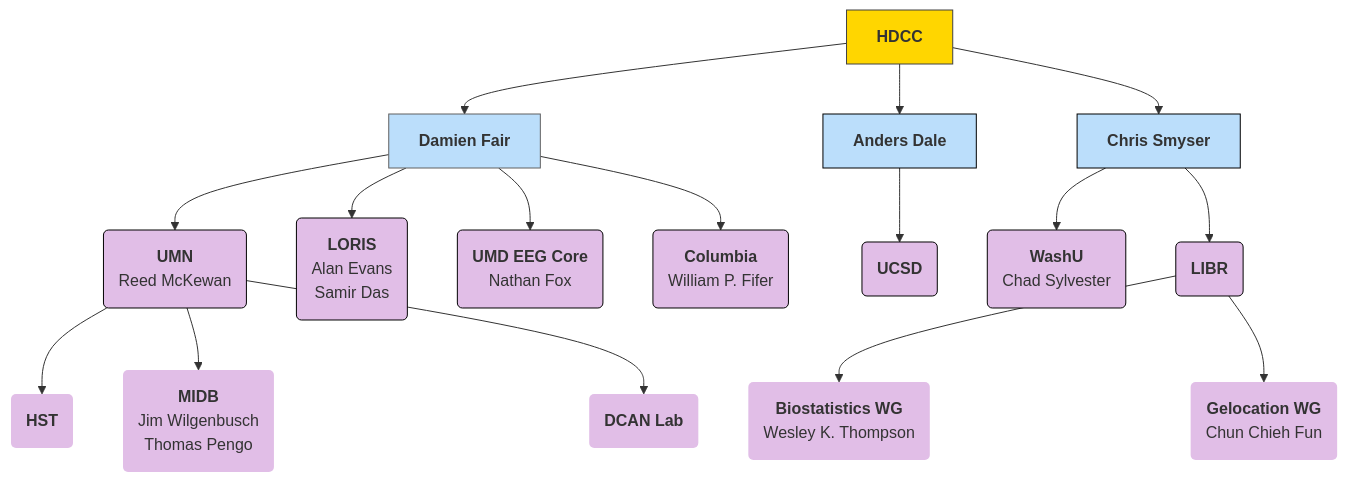
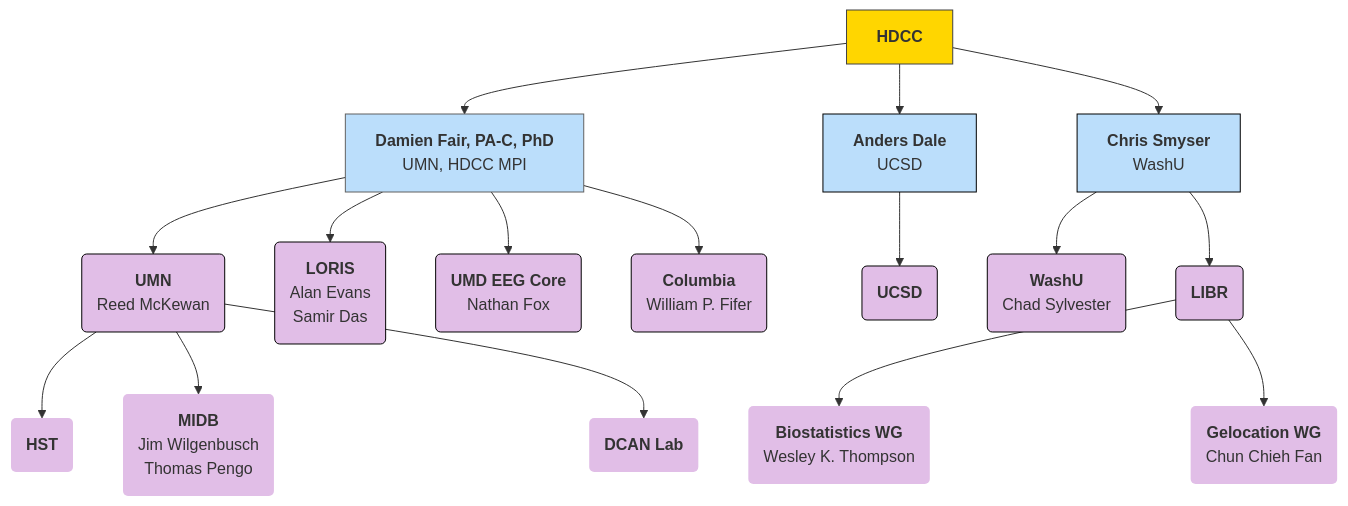
Before and after one commit to DCAN-Labs/hbcd-docs-internal: the first of 10 diagrams in docs/orgcharts.md, drawn with Mermaid.

````diff
--- a/docs/orgcharts.md
+++ b/docs/orgcharts.md
@@ -6,56 +6,56 @@
 ```mermaid
 ---
 config:
   layout: dagre
 ---
 flowchart TB
-    A["<strong>HDCC</strong>"] --> E["<b>Damien Fair</b>"] & n1["<b>Chris Smyser</b>"] & n2["<b>Anders Dale</b>"]
+    A["<strong>HDCC</strong>"] --> E["<b>Damien Fair, PA-C, PhD</b><br>UMN, HDCC MPI"] & n1["<b>Chris Smyser</b><br>WashU"] & n2["<b>Anders Dale</b><br>UCSD"]
     E --> umn["<b>UMN</b><br>Reed McKewan"] & n7["<b>LORIS</b><br>Alan Evans<br>Samir Das"] & n8["<b>UMD EEG Core</b><br>Nathan Fox"] & n11["<b>Columbia</b><br>William P. Fifer"]
     umn --> hst["<b>HST</b>"] & midb["<b>MIDB</b><br>Jim Wilgenbusch<br>Thomas Pengo"] & n6["<b>DCAN Lab</b>"]
     n2 --> n9["<b>UCSD</b>"]
     n1 --> n10["<b>WashU</b><br>Chad Sylvester"] & n12["<b>LIBR</b>"]
-    n12 --> n13["<b>Biostatistics WG<br></b>Wesley K. Thompson"] & n14["<b>Gelocation WG</b><br>Chun Chieh Fun"]
+    n12 --> n13["<b>Biostatistics WG<br></b>Wesley K. Thompson"] & n14["<b>Gelocation WG</b><br>Chun Chieh Fan"]
     A@{ shape: rect}
     E@{ shape: rect}
     n1@{ shape: rect}
     n2@{ shape: rect}
     umn@{ shape: rounded}
     n7@{ shape: rounded}
     n8@{ shape: rounded}
     n11@{ shape: rounded}
     hst@{ shape: rounded}
     midb@{ shape: rounded}
     n6@{ shape: rounded}
     n9@{ shape: rounded}
     n10@{ shape: rounded}
     n12@{ shape: rounded}
     n13@{ shape: rounded}
     n14@{ shape: rounded}
     style A fill:#FFD600,stroke:#424242
     style E fill:#BBDEFB,stroke:#616161
     style n1 fill:#BBDEFB,stroke:#000000
     style n2 fill:#BBDEFB,stroke:#000000
     style umn fill:#E1BEE7,stroke:#000000
     style n7 fill:#E1BEE7,stroke:#000000
     style n8 fill:#E1BEE7,stroke:#000000
     style n11 fill:#E1BEE7,stroke:#000000
     style hst stroke:none,fill:#E1BEE7
     style midb fill:#E1BEE7,stroke:none
     style n6 fill:#E1BEE7,stroke:none
     style n9 fill:#E1BEE7,stroke:#000000
     style n10 fill:#E1BEE7,stroke:#000000
     style n12 fill:#E1BEE7,stroke:#000000
     style n13 fill:#E1BEE7,stroke:none
     style n14 fill:#E1BEE7,stroke:none
     click umn "#university-of-minnesota"
     click n7 "#loris"
     click n8 "#umd-eeg-core"
     click n11 "#columbia-university"
     click hst "#health-sciences-technology"
     click midb "#midb-informatics-hub-msi"
     click n6 "#dcan-lab"
     click n9 "#ucsd"
     click n10 "#washu"
     click n13 "#thompson"
     click n14 "#fan"
 ```
````
